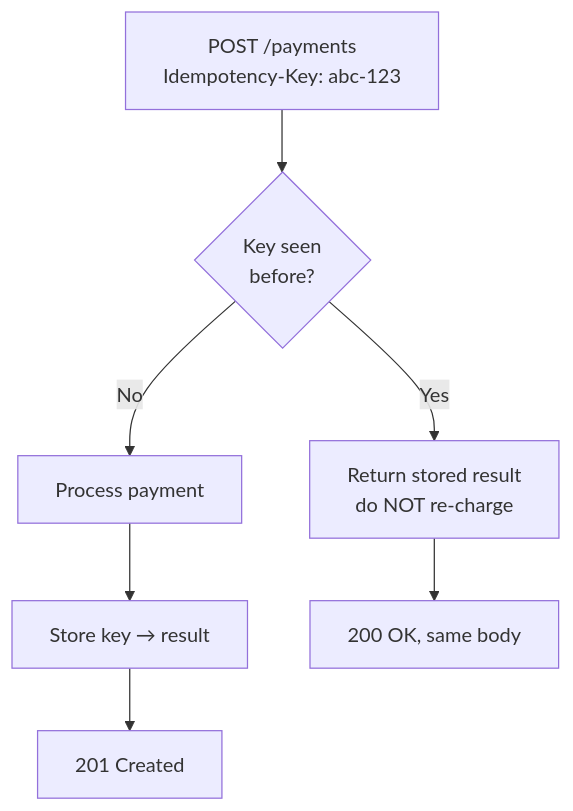
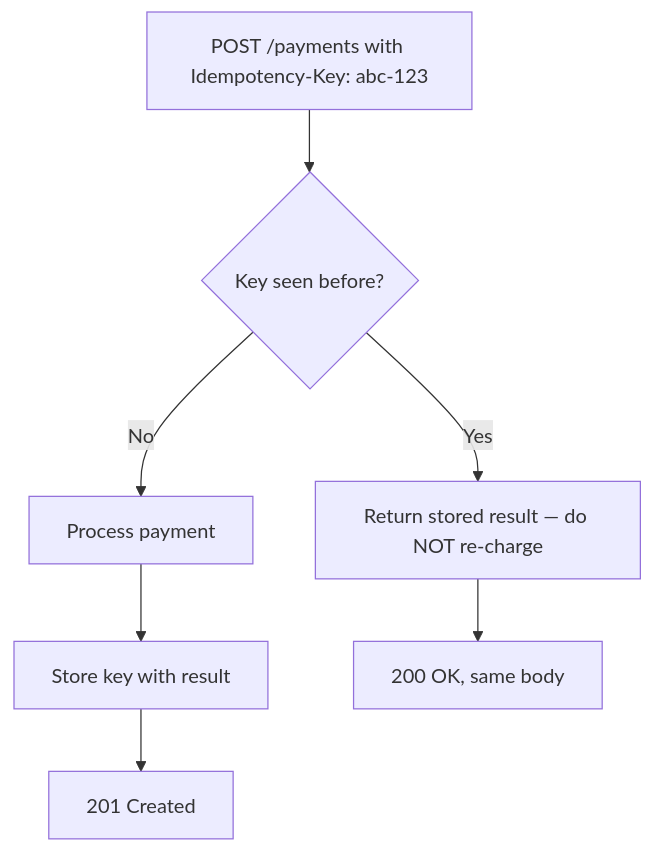
Before and after one commit to mohammad-mriesh-job/cortex: the diagram in src/modules/system-design/content/05-communication/01-api-design.md, drawn with Mermaid. The commit also changed other lines of this file and 257 other files, not shown here.

````diff
--- a/src/modules/system-design/content/05-communication/01-api-design.md
+++ b/src/modules/system-design/content/05-communication/01-api-design.md
@@ -85,6 +85,6 @@
 ```mermaid
 flowchart TD
-  R[POST /payments<br/>Idempotency-Key: abc-123] --> Q{Key seen<br/>before?}
-  Q -- No --> P[Process payment] --> S[Store key → result] --> R1[201 Created]
-  Q -- Yes --> C[Return stored result<br/>do NOT re-charge] --> R2[200 OK, same body]
+  R["POST /payments with Idempotency-Key: abc-123"] --> Q{"Key seen before?"}
+  Q -- No --> P[Process payment] --> S["Store key with result"] --> R1[201 Created]
+  Q -- Yes --> C["Return stored result — do NOT re-charge"] --> R2["200 OK, same body"]
 ```
````
